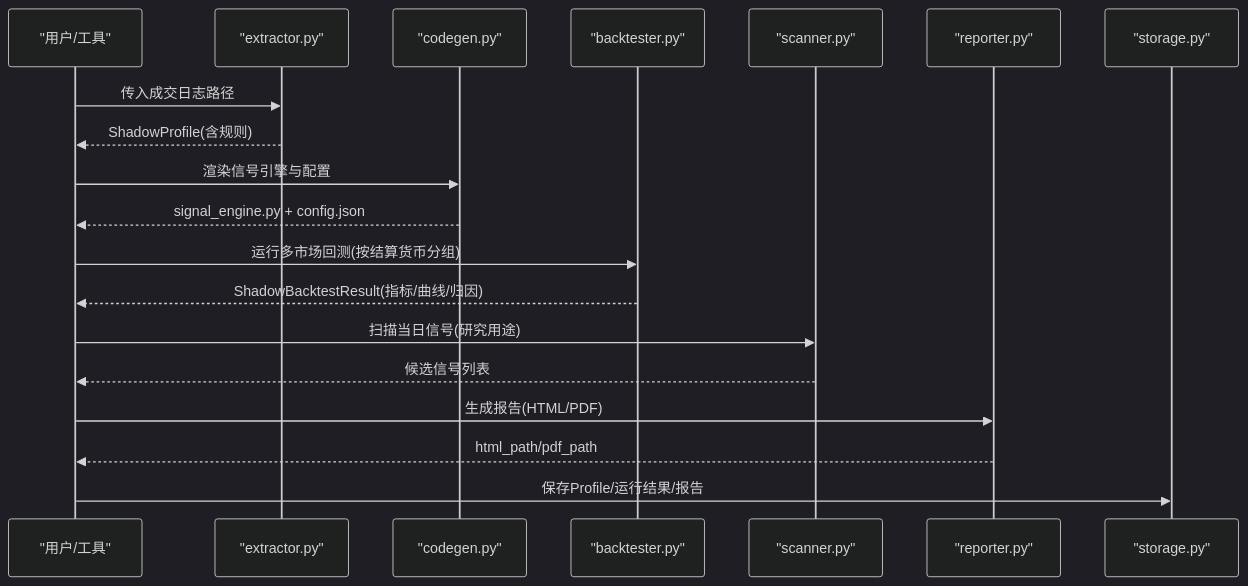
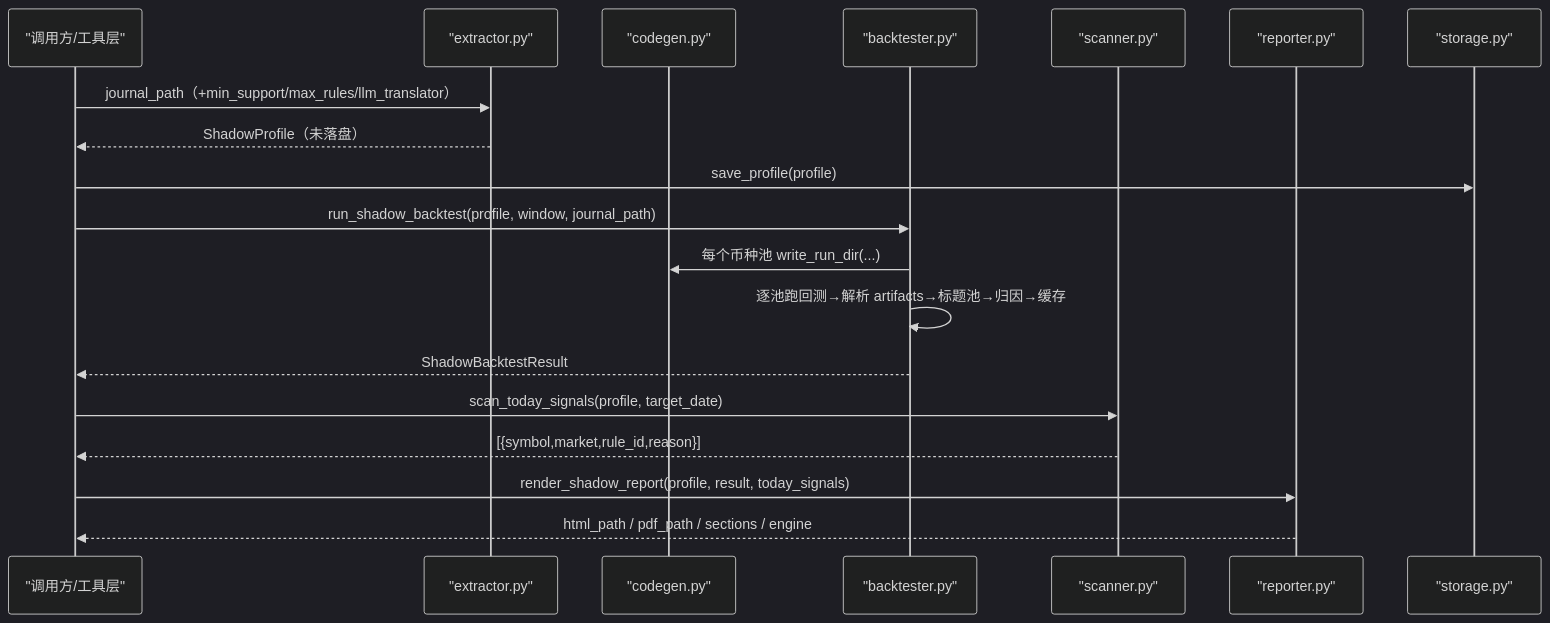
Before and after one commit to hjfire/vibe-trading-fw: the second of 7 diagrams in repowiki/topics/安全与治理/影子账户.md, drawn with Mermaid (dark theme). The commit also changed other lines of this file and 5 other files, not shown here.

````diff
--- a/repowiki/topics/安全与治理/影子账户.md
+++ b/repowiki/topics/安全与治理/影子账户.md
@@ -100,21 +108,21 @@
 ```mermaid
 sequenceDiagram
-participant U as "用户/工具"
+participant U as "调用方/工具层"
 participant EX as "extractor.py"
 participant CG as "codegen.py"
 participant BT as "backtester.py"
 participant SC as "scanner.py"
 participant RP as "reporter.py"
 participant ST as "storage.py"
-U->>EX : 传入成交日志路径
-EX-->>U : ShadowProfile(含规则)
-U->>CG : 渲染信号引擎与配置
-CG-->>U : signal_engine.py + config.json
-U->>BT : 运行多市场回测(按结算货币分组)
-BT-->>U : ShadowBacktestResult(指标/曲线/归因)
-U->>SC : 扫描当日信号(研究用途)
-SC-->>U : 候选信号列表
-U->>RP : 生成报告(HTML/PDF)
-RP-->>U : html_path/pdf_path
-U->>ST : 保存Profile/运行结果/报告
+U->>EX : journal_path（+min_support/max_rules/llm_translator）
+EX-->>U : ShadowProfile（未落盘）
+U->>ST : save_profile(profile)
+U->>BT : run_shadow_backtest(profile, window, journal_path)
+BT->>CG : 每个币种池 write_run_dir(...)
+BT->>BT : 逐池跑回测→解析 artifacts→标题池→归因→缓存
+BT-->>U : ShadowBacktestResult
+U->>SC : scan_today_signals(profile, target_date)
+SC-->>U : [{symbol,market,rule_id,reason}]
+U->>RP : render_shadow_report(profile, result, today_signals)
+RP-->>U : html_path / pdf_path / sections / engine
 ```
````
